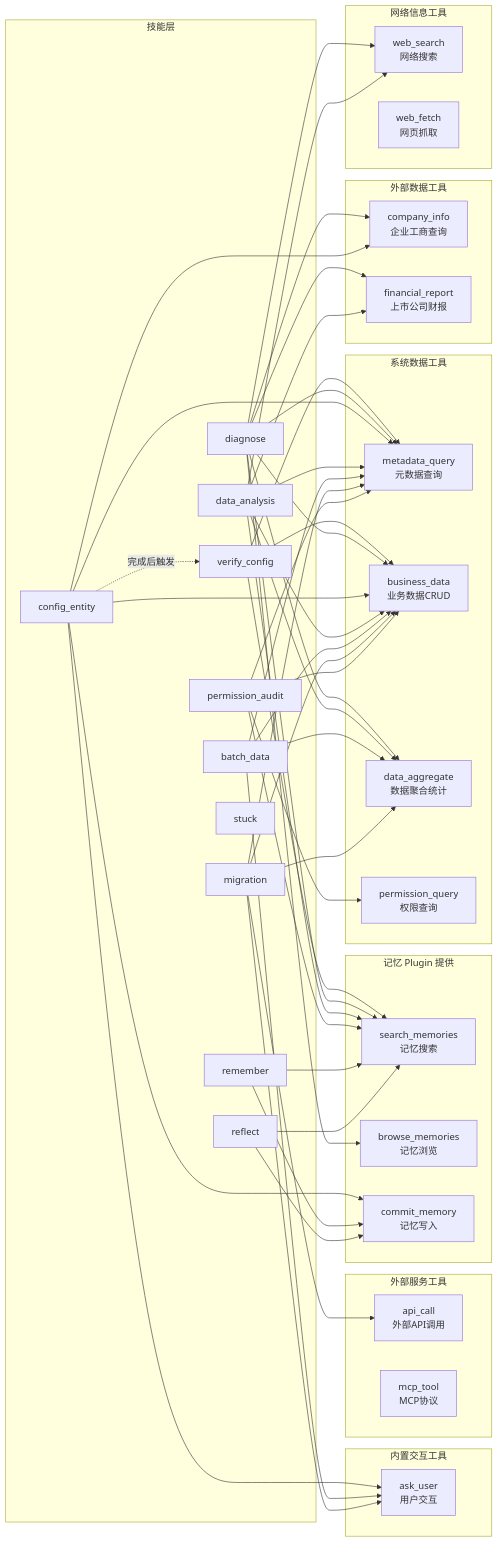
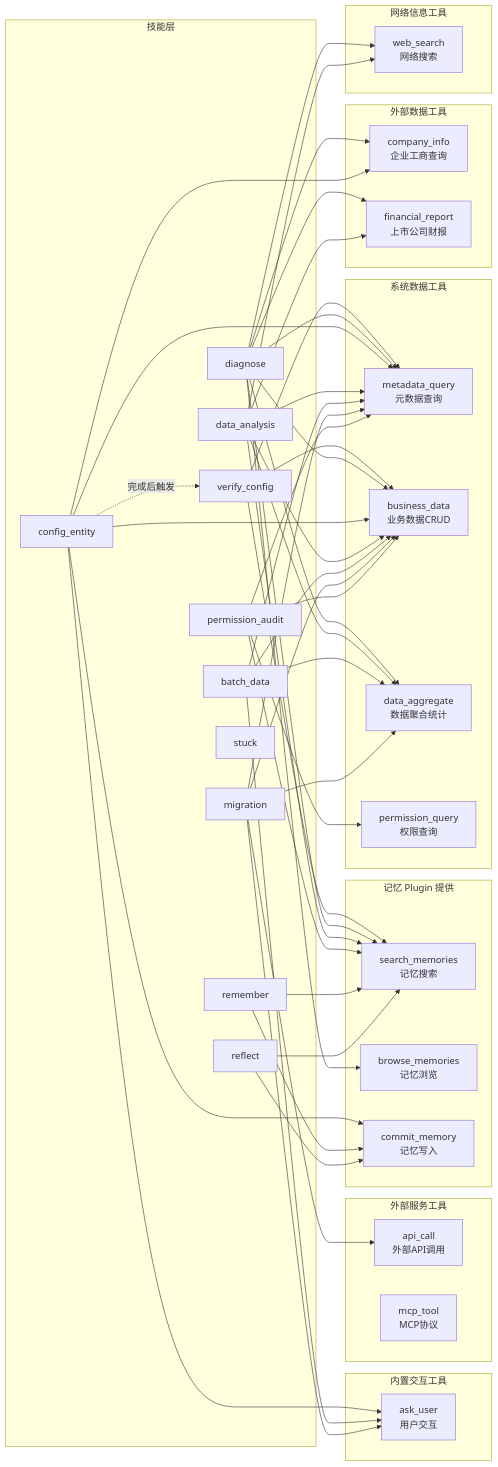
One commit to chengqipeng/ai-pm-team changed the sixth of 7 diagrams in product-specs/agent-system/doc/2B-Agent-System-DeepAgent-完整设计方案.md. Above: the diagram before and after it, drawn with Mermaid. The commit also changed other lines of this file and 47 other files, not shown here.

```diff
--- a/product-specs/agent-system/doc/2B-Agent-System-DeepAgent-完整设计方案.md
+++ b/product-specs/agent-system/doc/2B-Agent-System-DeepAgent-完整设计方案.md
@@ -1411,7 +1407,6 @@
 
     subgraph 网络信息工具
         WS["web_search<br/>网络搜索"]
-        WF["web_fetch<br/>网页抓取"]
     end
 
     subgraph 外部数据工具
```
